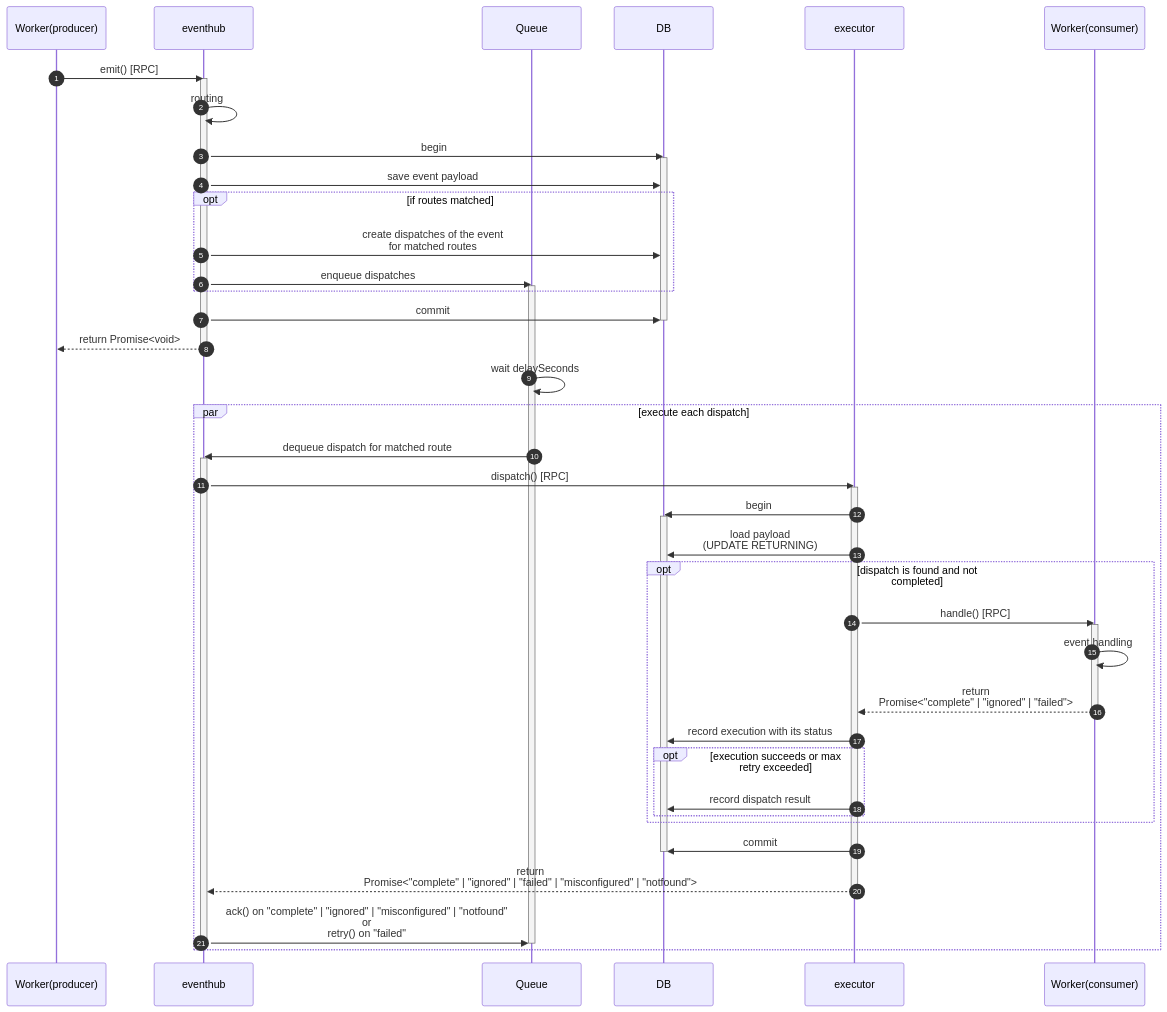
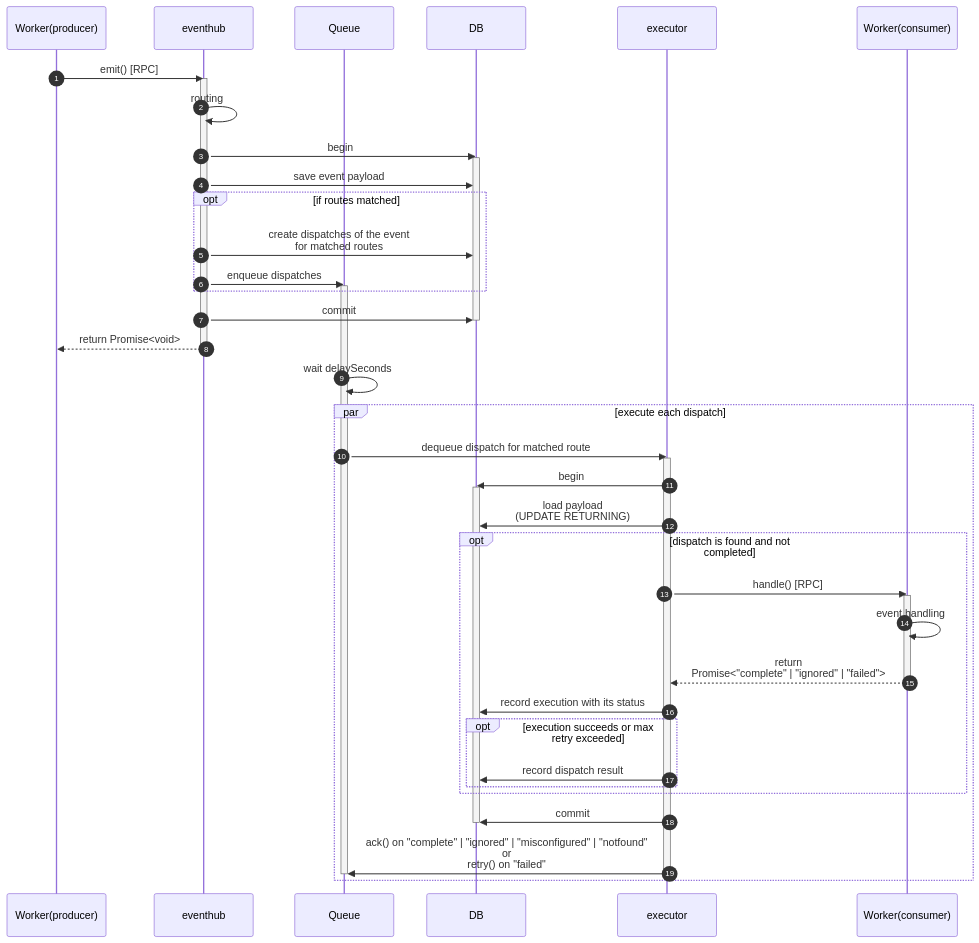
One commit to daichitakahashi/cf-eventhub changed the diagram in README.md. Above: the diagram before and after it, drawn with Mermaid. The commit also changed 3 other files, not shown here.

Commit message:
feat: change Queue consumer from EventHub to Executor

````diff
--- a/README.md
+++ b/README.md
@@ -11,57 +11,53 @@
 ```mermaid
 sequenceDiagram
   participant Worker1 as Worker(producer)
   participant eventhub as eventhub
   participant Queue as Queue
   participant DB
   participant executor as executor
   participant Worker2 as Worker(consumer)
 
   autonumber
   Worker1 ->> eventhub: emit() [RPC]
   activate eventhub
   eventhub ->> eventhub: routing
   eventhub ->> DB: begin
   activate DB
   eventhub ->> DB: save event payload
   opt if routes matched
     eventhub ->> DB: create dispatches of the event<br>for matched routes
     eventhub ->> Queue: enqueue dispatches
     activate Queue
   end
   eventhub ->> DB: commit
   deactivate DB
   eventhub -->> Worker1: return Promise<void>
   deactivate eventhub
 
   Queue ->> Queue: wait delaySeconds
 
   par execute each dispatch
-    Queue ->> eventhub: dequeue dispatch for matched route
-    activate eventhub
-    eventhub ->> executor: dispatch() [RPC]
+    Queue ->> executor: dequeue dispatch for matched route
     activate executor
     executor ->> DB: begin
     activate DB
     executor ->> DB: load payload<br>(UPDATE RETURNING)
     opt dispatch is found and not completed
       executor ->> Worker2: handle() [RPC]
       activate Worker2
       Worker2 ->> Worker2: event handling
       Worker2 -->> executor: return<br>Promise<"complete" | "ignored" | "failed">
       deactivate Worker2
       executor ->> DB: record execution with its status
       opt execution succeeds or max retry exceeded
         executor ->> DB: record dispatch result
       end
     end
     executor ->> DB: commit
     deactivate DB
 
-    executor -->> eventhub: return<br>Promise<"complete" | "ignored" | "failed" | "misconfigured" | "notfound">
+    executor ->> Queue: ack() on "complete" | "ignored" | "misconfigured" | "notfound"<br>or<br>retry() on "failed"
     deactivate executor
-    eventhub ->> Queue: ack() on "complete" | "ignored" | "misconfigured" | "notfound"<br>or<br>retry() on "failed"
     deactivate Queue
-    deactivate eventhub
   end
 ```
````
